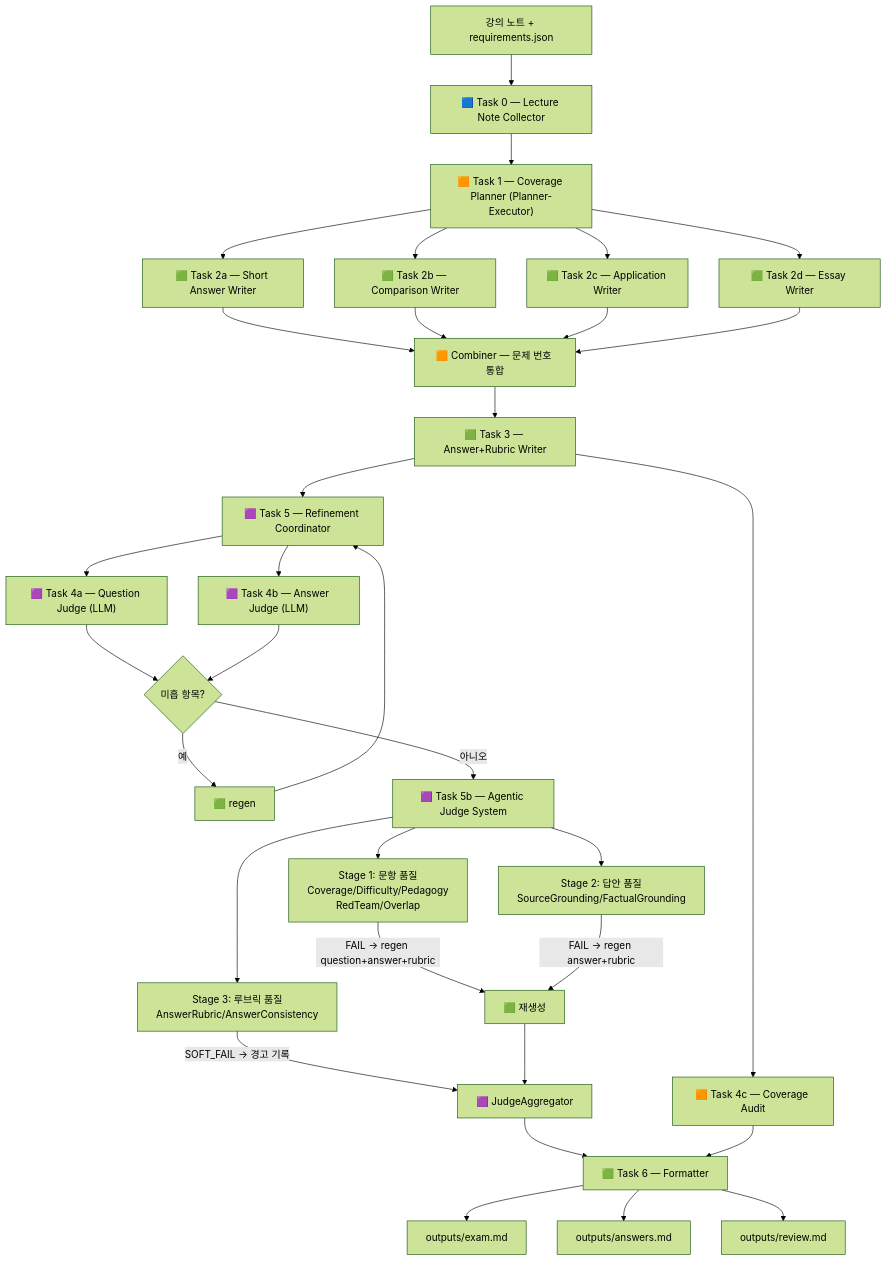
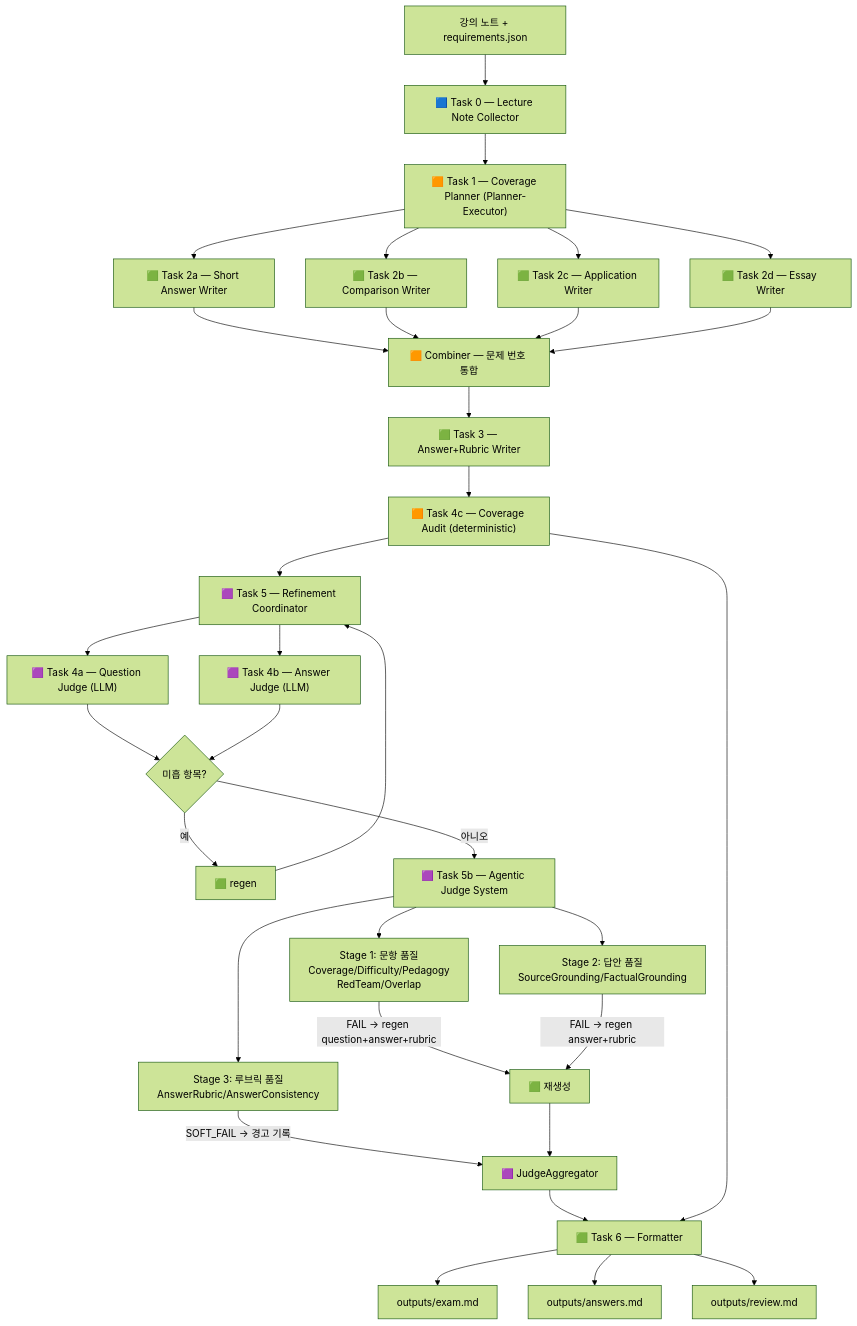
Before and after one commit to yunseo-lee-0527/exam-agent-project: the diagram in exam-agent-project/README.md, drawn with Mermaid (forest theme). The commit also changed 3 other files, not shown here.

Commit message:
docs: update project architecture documentation

````diff
--- a/exam-agent-project/README.md
+++ b/exam-agent-project/README.md
@@ -90,42 +90,42 @@
 ```mermaid
 flowchart TD
     INPUT["강의 노트 + requirements.json"] --> T0["🟦 Task 0 — Lecture Note Collector"]
     T0 --> T1["🟧 Task 1 — Coverage Planner (Planner-Executor)"]
 
     T1 --> T2A["🟩 Task 2a — Short Answer Writer"]
     T1 --> T2B["🟩 Task 2b — Comparison Writer"]
     T1 --> T2C["🟩 Task 2c — Application Writer"]
     T1 --> T2D["🟩 Task 2d — Essay Writer"]
 
     T2A --> COMBINE["🟧 Combiner — 문제 번호 통합"]
     T2B --> COMBINE
     T2C --> COMBINE
     T2D --> COMBINE
 
     COMBINE --> T3["🟩 Task 3 — Answer+Rubric Writer"]
-    T3 --> T4C["🟧 Task 4c — Coverage Audit"]
-    T3 --> T5["🟪 Task 5 — Refinement Coordinator"]
+    T3 --> T4C["🟧 Task 4c — Coverage Audit (deterministic)"]
+    T4C --> T5["🟪 Task 5 — Refinement Coordinator"]
 
     T5 --> T4A["🟪 Task 4a — Question Judge (LLM)"]
     T5 --> T4B["🟪 Task 4b — Answer Judge (LLM)"]
     T4A --> LOOP{미흡 항목?}
     T4B --> LOOP
     LOOP -- "예" --> REGEN["🟩 regen"]
     REGEN --> T5
     LOOP -- "아니오" --> T5B["🟪 Task 5b — Agentic Judge System"]
 
-    T5B --> S1["Stage 1: 문항 품질\nCoverage/Difficulty/Pedagogy\nRedTeam/Overlap"]
-    T5B --> S2["Stage 2: 답안 품질\nSourceGrounding/FactualGrounding"]
-    T5B --> S3["Stage 3: 루브릭 품질\nAnswerRubric/AnswerConsistency"]
+    T5B --> S1["Stage 1: 문항 품질<br>Coverage/Difficulty/Pedagogy<br>RedTeam/Overlap"]
+    T5B --> S2["Stage 2: 답안 품질<br>SourceGrounding/FactualGrounding"]
+    T5B --> S3["Stage 3: 루브릭 품질<br>AnswerRubric/AnswerConsistency"]
 
     S1 -- "FAIL → regen question+answer+rubric" --> REGEN2["🟩 재생성"]
     S2 -- "FAIL → regen answer+rubric" --> REGEN2
     S3 -- "SOFT_FAIL → 경고 기록" --> AGG
     REGEN2 --> AGG["🟪 JudgeAggregator"]
     AGG --> T6["🟩 Task 6 — Formatter"]
     T4C --> T6
 
     T6 --> EXAM["outputs/exam.md"]
     T6 --> ANS["outputs/answers.md"]
     T6 --> REV["outputs/review.md"]
 ```
````
